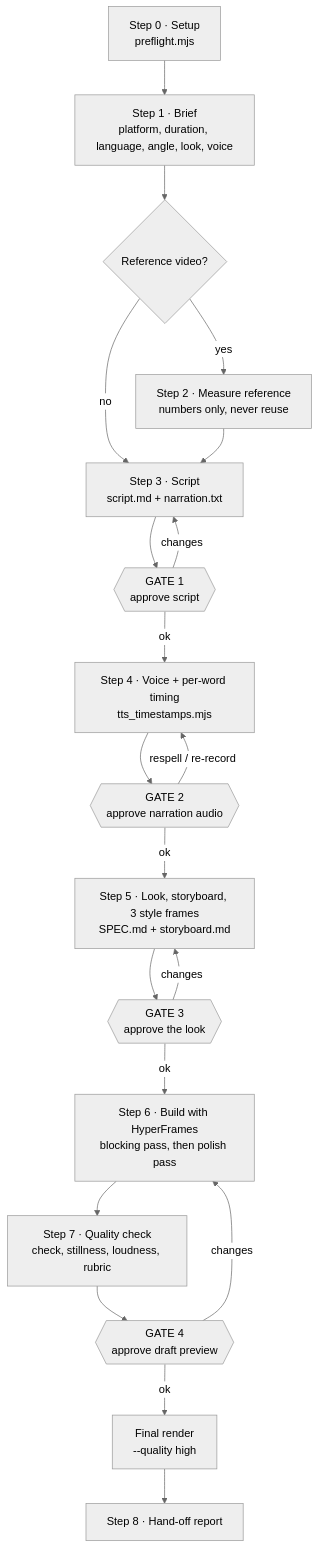
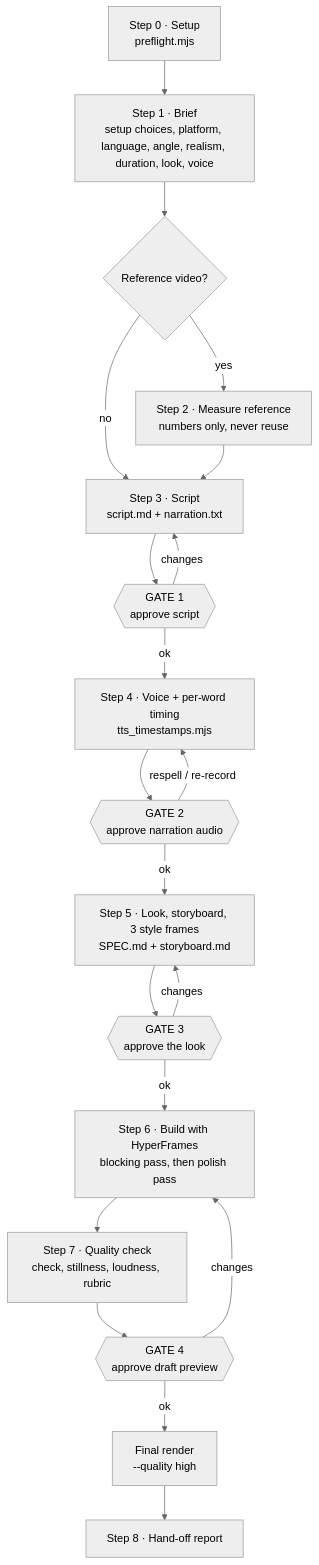
Before and after one commit to sandalkuilang/dalang: the first of 2 diagrams in docs/workflow.md, drawn with Mermaid (neutral theme). The commit also changed 12 other files, not shown here.

First line of the commit message:
Preflight: VoiceStudio states, --start, saved voices; Brief Call 0 (refs #4)

````diff
--- a/docs/workflow.md
+++ b/docs/workflow.md
@@ -7,22 +7,22 @@
 ```mermaid
 flowchart TD
-    S0["Step 0 · Setup<br/>preflight.mjs"] --> S1["Step 1 · Brief<br/>platform, duration, language, angle, look, voice"]
+    S0["Step 0 · Setup<br/>preflight.mjs"] --> S1["Step 1 · Brief<br/>setup choices, platform, language, angle, realism, duration, look, voice"]
     S1 --> S2{"Reference video?"}
     S2 -- yes --> M["Step 2 · Measure reference<br/>numbers only, never reuse"]
     S2 -- no --> S3
     M --> S3["Step 3 · Script<br/>script.md + narration.txt"]
     S3 --> G1{{"GATE 1<br/>approve script"}}
     G1 -- changes --> S3
     G1 -- ok --> S4["Step 4 · Voice + per-word timing<br/>tts_timestamps.mjs"]
     S4 --> G2{{"GATE 2<br/>approve narration audio"}}
     G2 -- respell / re-record --> S4
     G2 -- ok --> S5["Step 5 · Look, storyboard, 3 style frames<br/>SPEC.md + storyboard.md"]
     S5 --> G3{{"GATE 3<br/>approve the look"}}
     G3 -- changes --> S5
     G3 -- ok --> S6["Step 6 · Build with HyperFrames<br/>blocking pass, then polish pass"]
     S6 --> S7["Step 7 · Quality check<br/>check, stillness, loudness, rubric"]
     S7 --> G4{{"GATE 4<br/>approve draft preview"}}
     G4 -- changes --> S6
     G4 -- ok --> R["Final render<br/>--quality high"]
     R --> S8["Step 8 · Hand-off report"]
 ```
````
